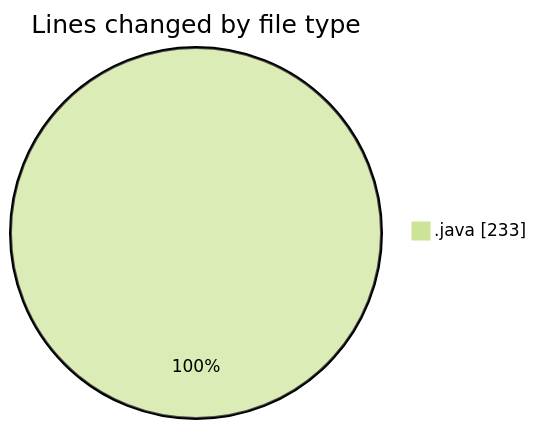
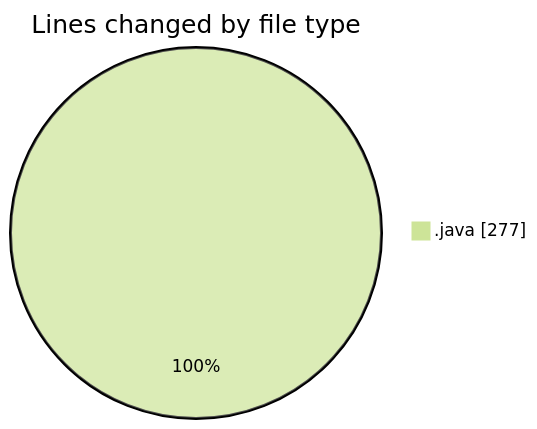
One commit to NitaiMahat/code-tracking changed the first of 2 diagrams in 2025-04-28/startfiles__5_/README.md. Above: the diagram before and after it, drawn with Mermaid (forest theme). The commit also changed other lines of this file and 1 other file, not shown here.

````diff
--- a/2025-04-28/startfiles__5_/README.md
+++ b/2025-04-28/startfiles__5_/README.md
@@ -21,5 +22,5 @@
 ```mermaid
 pie showData
 title Lines changed by file type
-".java" : 233
+".java" : 277
 ```
````
